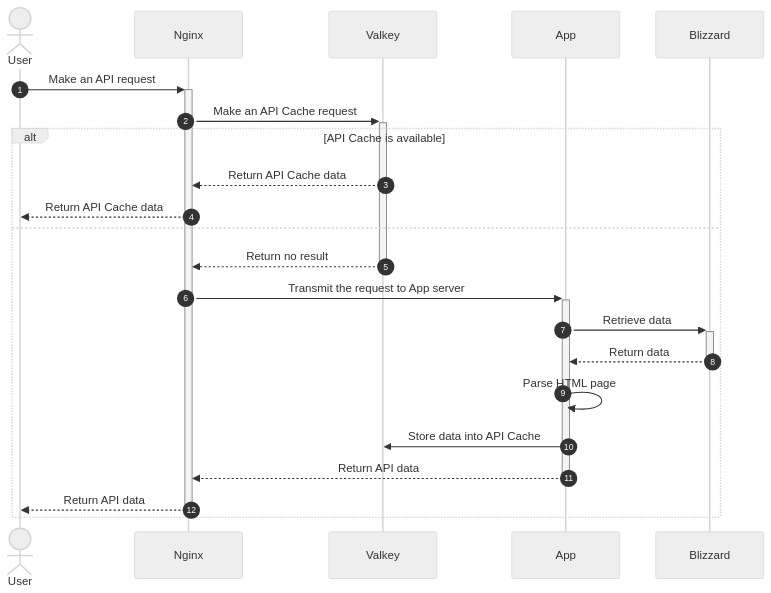
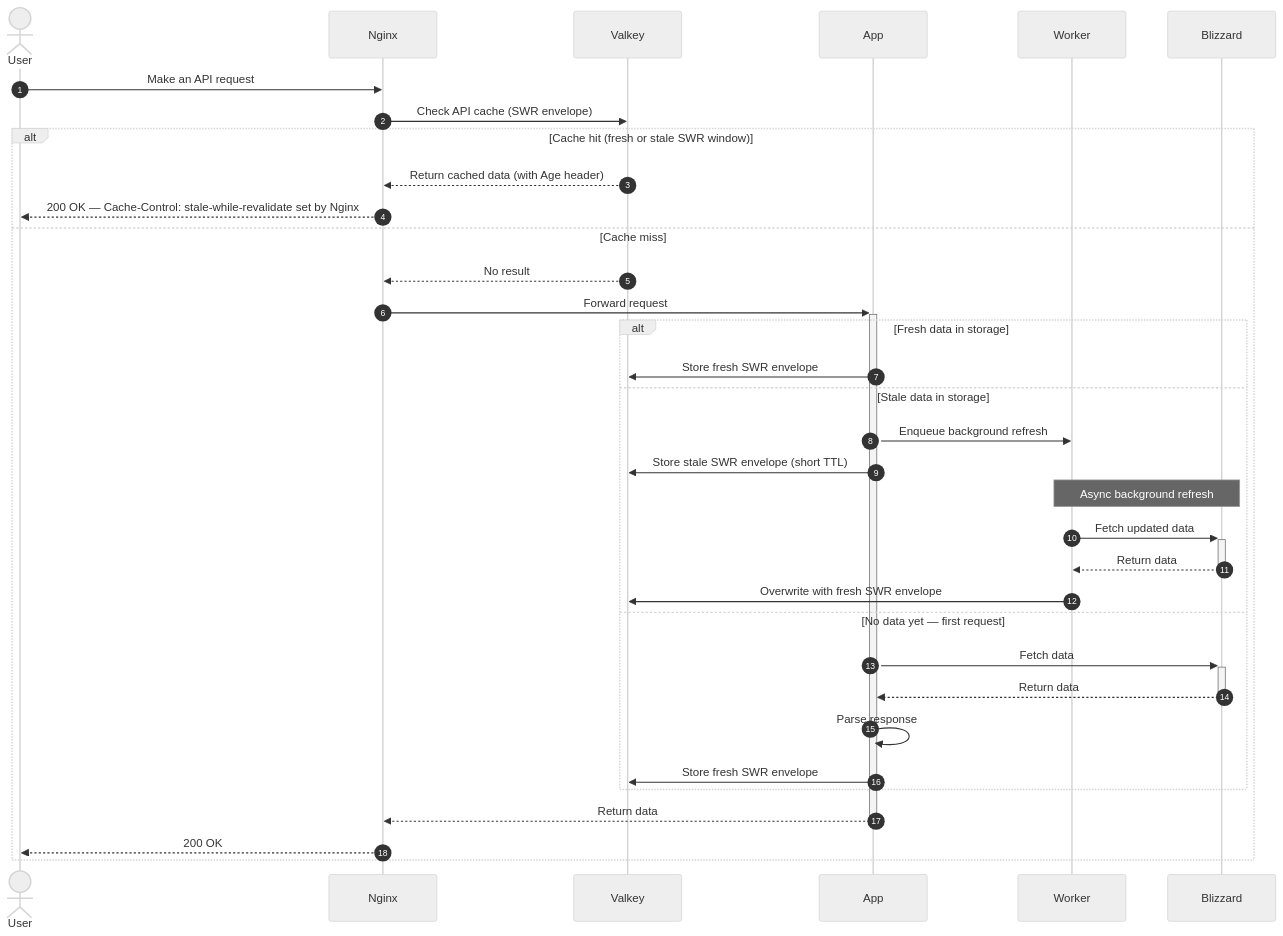
The first of 4 diagrams in README.md (TeKrop/overfast-api), drawn with Mermaid (neutral theme) before and after one commit. The commit also changed other lines of this file and 185 other files, not shown here.

First line of the commit message:
feat: Phase 5 - Introduced Blizzard API calls throttling system (#387)

````diff
--- a/README.md
+++ b/README.md
@@ -136,24 +132,38 @@
 ```mermaid
 sequenceDiagram
     autonumber
     actor User
     participant Nginx
     participant Valkey
     participant App
+    participant Worker
     participant Blizzard
-    User->>+Nginx: Make an API request
-    Nginx->>+Valkey: Make an API Cache request
-    alt API Cache is available
-        Valkey-->>Nginx: Return API Cache data
-        Nginx-->>User: Return API Cache data
-    else
-        Valkey-->>-Nginx: Return no result
-        Nginx->>+App: Transmit the request to App server
-        App->>+Blizzard: Retrieve data
-        Blizzard-->>-App: Return data
-        App->>App: Parse HTML page
-        App->>Valkey: Store data into API Cache
-        App-->>-Nginx: Return API data
-        Nginx-->>-User: Return API data
+
+    User->>Nginx: Make an API request
+    Nginx->>Valkey: Check API cache (SWR envelope)
+
+    alt Cache hit (fresh or stale SWR window)
+        Valkey-->>Nginx: Return cached data (with Age header)
+        Nginx-->>User: 200 OK — Cache-Control: stale-while-revalidate set by Nginx
+    else Cache miss
+        Valkey-->>Nginx: No result
+        Nginx->>+App: Forward request
+        alt Fresh data in storage
+            App->>Valkey: Store fresh SWR envelope
+        else Stale data in storage
+            App->>Worker: Enqueue background refresh
+            App->>Valkey: Store stale SWR envelope (short TTL)
+            Note over Worker,Blizzard: Async background refresh
+            Worker->>+Blizzard: Fetch updated data
+            Blizzard-->>-Worker: Return data
+            Worker->>Valkey: Overwrite with fresh SWR envelope
+        else No data yet — first request
+            App->>+Blizzard: Fetch data
+            Blizzard-->>-App: Return data
+            App->>App: Parse response
+            App->>Valkey: Store fresh SWR envelope
+        end
+        App-->>-Nginx: Return data
+        Nginx-->>User: 200 OK
     end
 ```
````
